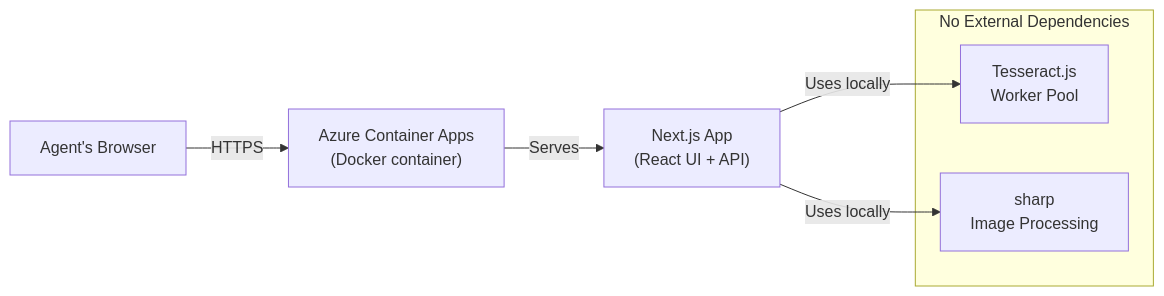
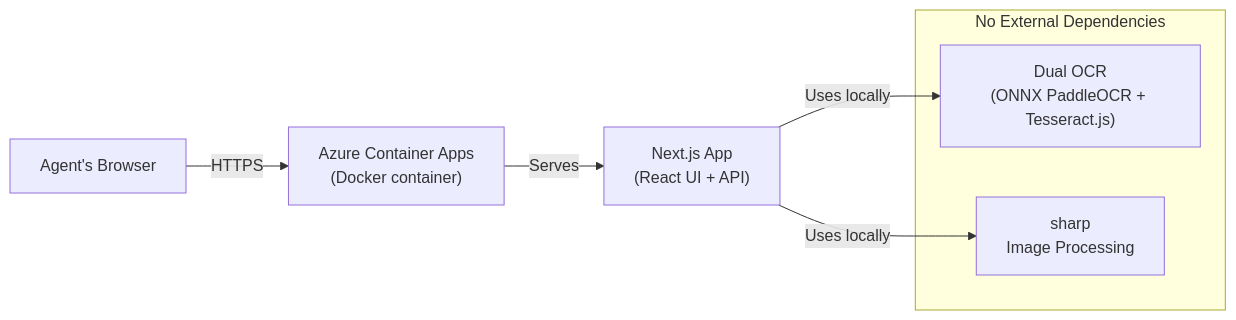
One commit to Suntek-Solutions/ttbgov changed the third of 3 diagrams in docs/ARCHITECTURE.md. Above: the diagram before and after it, drawn with Mermaid. The commit also changed other lines of this file and 14 other files, not shown here.

First line of the commit message:
Add ONNX PaddleOCR as primary OCR engine (100% local, zero cloud)

````diff
--- a/docs/ARCHITECTURE.md
+++ b/docs/ARCHITECTURE.md
@@ -271,12 +272,12 @@
 ```mermaid
 flowchart LR
     Browser["Agent's Browser"] -->|HTTPS| AzureCA["Azure Container Apps\n(Docker container)"]
     AzureCA -->|Serves| NextApp["Next.js App\n(React UI + API)"]
-    NextApp -->|Uses locally| TessWorker["Tesseract.js\nWorker Pool"]
+    NextApp -->|Uses locally| TessWorker["Dual OCR\n(ONNX PaddleOCR + Tesseract.js)"]
     NextApp -->|Uses locally| SharpLib["sharp\nImage Processing"]
 
     subgraph noExternal [No External Dependencies]
         TessWorker
         SharpLib
     end
 ```
````
